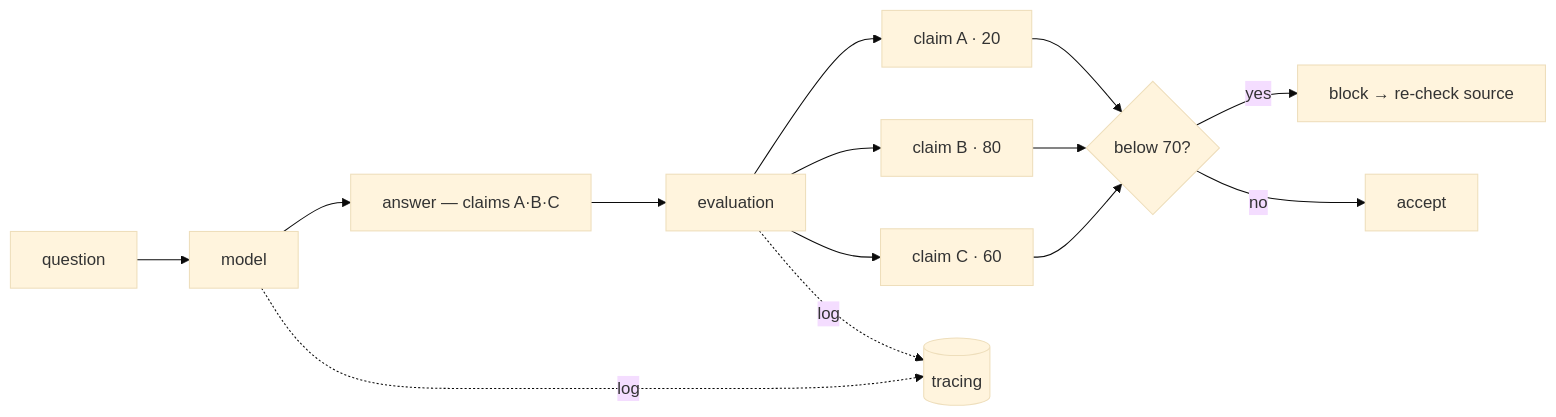
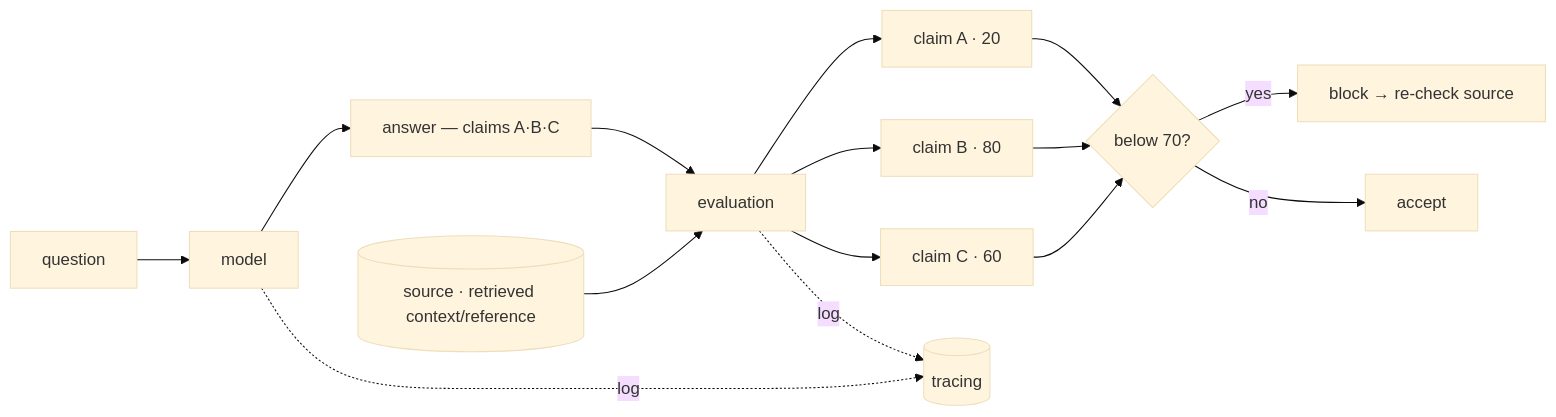
Before and after one commit to CodeCompose7/awesome-ai-stack: the third of 7 diagrams in src/content/concepts/en/harness-engineering.mdx, drawn with Mermaid (base theme). The commit also changed other lines of this file and 2 other files, not shown here.

First line of the commit message:
content(concepts): show the source/env the checker compares against

````diff
--- a/src/content/concepts/en/harness-engineering.mdx
+++ b/src/content/concepts/en/harness-engineering.mdx
@@ -93,19 +93,21 @@
 ```mermaid
 flowchart LR
   q["question"] --> model["model"]
   model --> ans["answer — claims A·B·C"]
   ans --> eval["evaluation"]
+  src[("source · retrieved context/reference")] --> eval
   eval --> sa["claim A · 20"]
   eval --> sb["claim B · 80"]
   eval --> sc["claim C · 60"]
   sa --> gate{"below 70?"}
   sb --> gate
   sc --> gate
   gate -- yes --> block["block → re-check source"]
   gate -- no --> ok["accept"]
   model -.log.-> trace[("tracing")]
   eval -.log.-> trace
   class model roleModel
   class eval roleEval
   class trace roleTrace
+  class src roleSource
 ```
````
